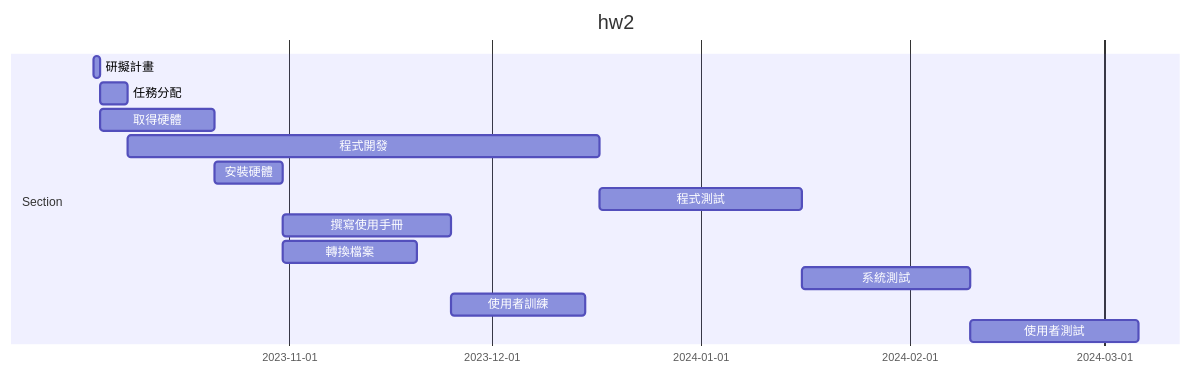
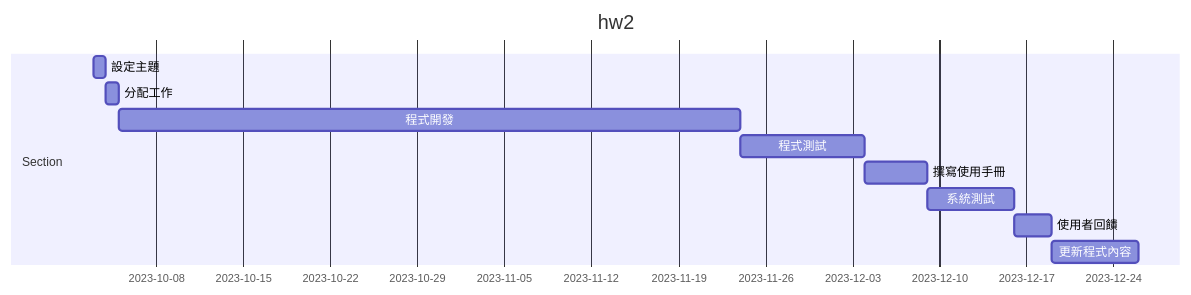
The diagram in hw2.md (xinyi1201/Group5), drawn with Mermaid before and after one commit. The commit also changed other lines of this file, not shown here.

````diff
--- a/hw2.md
+++ b/hw2.md
@@ -14,17 +14,14 @@
 ```mermaid
 gantt
     title hw2
 
     section Section
-    研擬計畫     :a1, 2023-10-03, 1d
-    任務分配     :a2, after a1  , 4d
-    取得硬體     :a3, after a1  , 17d
-    程式開發     :a4, after a2 , 70d
-    安裝硬體     :a5, after a3  , 10d
-    程式測試     :a6, after a4  , 30d
-    撰寫使用手冊 :a7, after  a5  , 25d
-    轉換檔案     :a8, after a5  , 20d
-    系統測試     :a9, after a6  , 25d
-    使用者訓練    :a10, after a7 a8  , 20d
-    使用者測試    :a11, after a9 a10 , 25d
+    設定主題     :a1, 2023-10-03, 0.5d
+    分配工作     :a2, after a1, 0.5d
+    程式開發     :a3, after a2 , 50d
+    程式測試     :a4, after a3  , 10d
+    撰寫使用手冊 :a5, after  a4  , 5d
+    系統測試     :a6, after a5  , 7d
+    使用者回饋    :a7, after a6 , 3d
+    更新程式內容  :a8, after a7 , 7d
 ```
````
